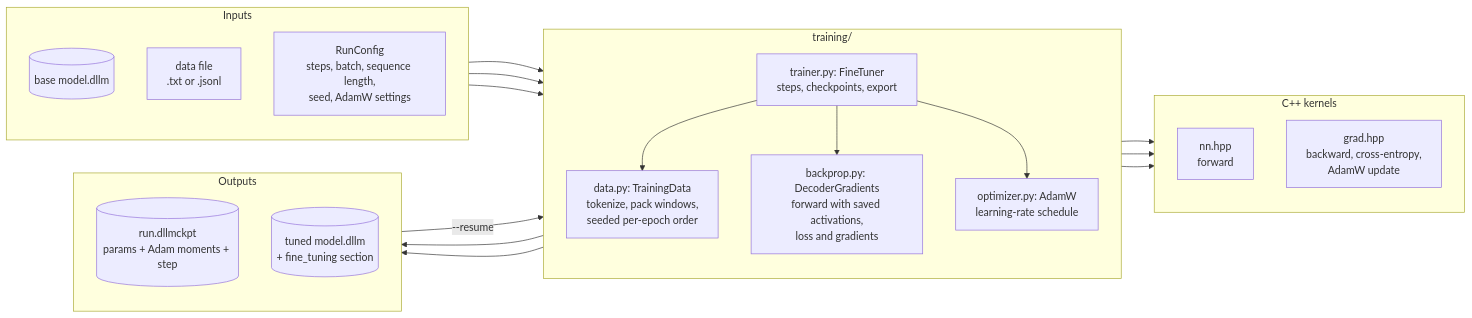
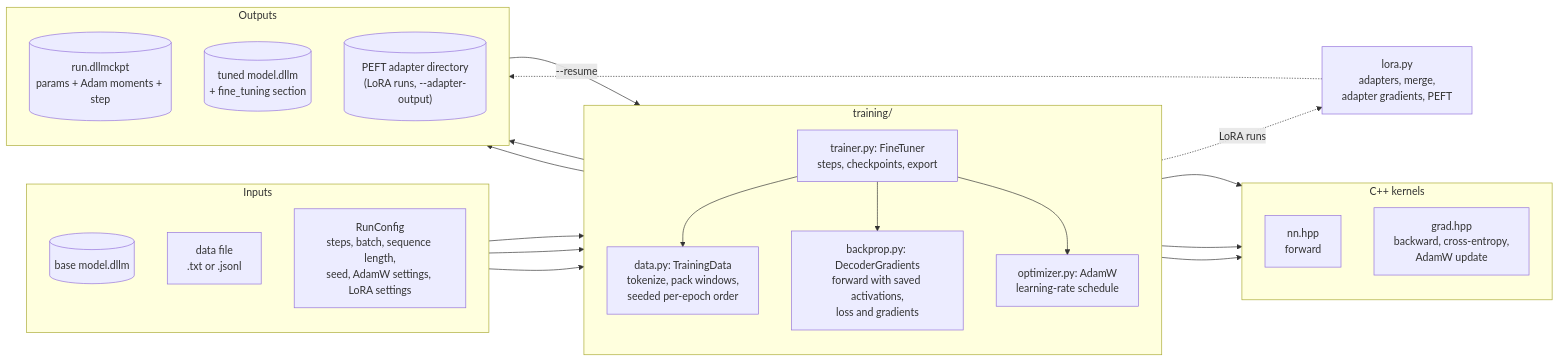
The first of 4 diagrams in docs/architecture/training.md (vrenken/etalii.dllm), drawn with Mermaid before and after one commit. The commit also changed other lines of this file and 4 other files, not shown here.

First line of the commit message:
Architecture docs: Qwen3 and LoRA

````diff
--- a/docs/architecture/training.md
+++ b/docs/architecture/training.md
@@ -11,37 +12,42 @@
 ```mermaid
 flowchart LR
     subgraph inputs["Inputs"]
         direction TB
         base[("base model.dllm")]
         data["data file<br/>.txt or .jsonl"]
-        run["RunConfig<br/>steps, batch, sequence length,<br/>seed, AdamW settings"]
+        run["RunConfig<br/>steps, batch, sequence length,<br/>seed, AdamW settings, LoRA settings"]
     end
 
     subgraph training["training/"]
         direction TB
         td["data.py: TrainingData<br/>tokenize, pack windows,<br/>seeded per-epoch order"]
         bp["backprop.py: DecoderGradients<br/>forward with saved activations,<br/>loss and gradients"]
         opt["optimizer.py: AdamW<br/>learning-rate schedule"]
         ft["trainer.py: FineTuner<br/>steps, checkpoints, export"]
     end
+
+    lora["lora.py<br/>adapters, merge,<br/>adapter gradients, PEFT"]
 
     subgraph kernels["C++ kernels"]
         direction TB
         fwd["nn.hpp<br/>forward"]
         grad["grad.hpp<br/>backward, cross-entropy,<br/>AdamW update"]
     end
 
     subgraph outputs["Outputs"]
         direction TB
         ckpt[("run.dllmckpt<br/>params + Adam moments + step")]
         tuned[("tuned model.dllm<br/>+ fine_tuning section")]
+        peftdir[("PEFT adapter directory<br/>(LoRA runs, --adapter-output)")]
     end
 
     base & data & run --> ft
     ft --> td & bp & opt
     bp --> fwd & grad
     opt --> grad
     ft --> ckpt
     ft --> tuned
+    ft -.->|LoRA runs| lora
+    lora -.-> peftdir
     ckpt -->|--resume| ft
 ```
````
